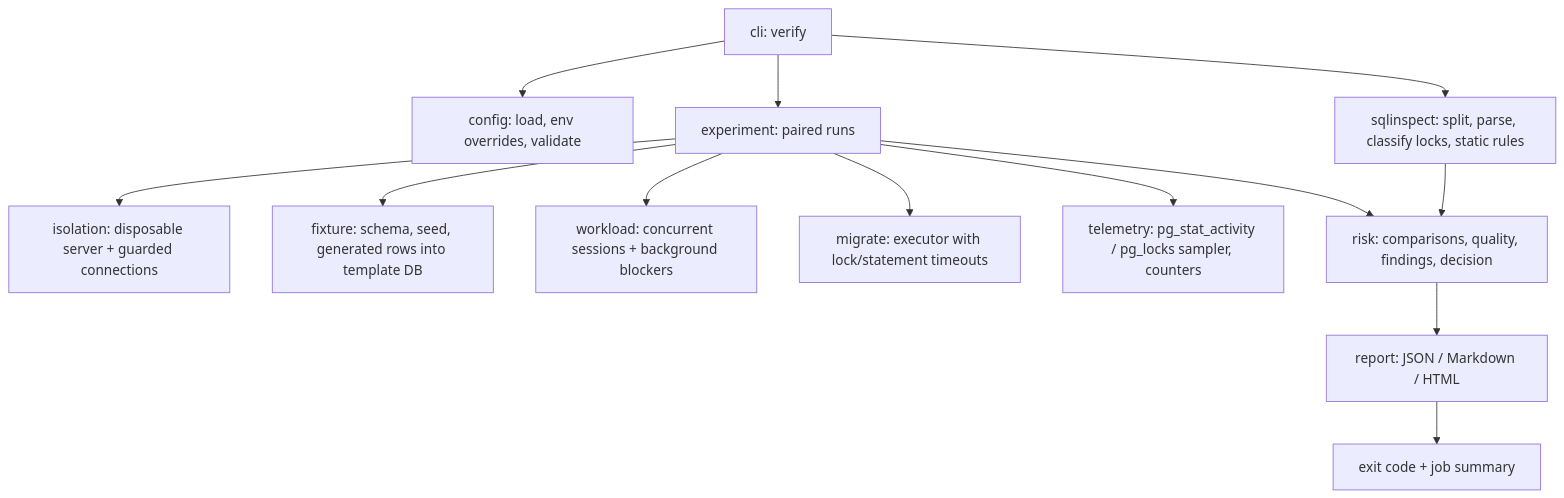
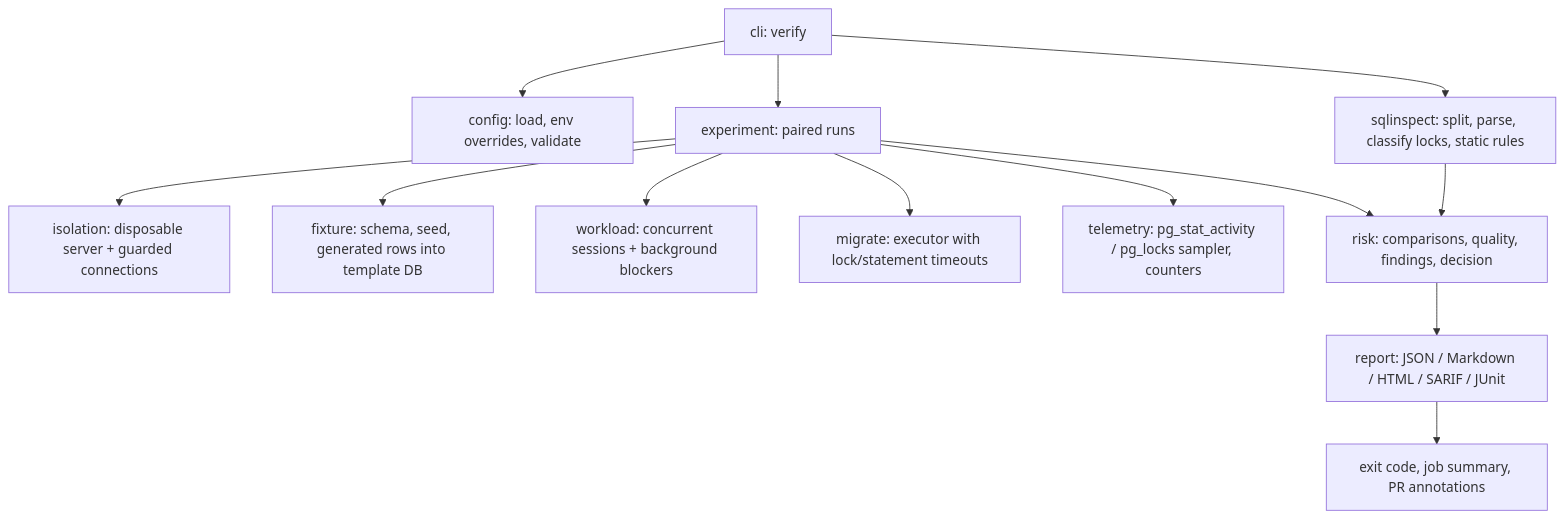
Before and after one commit to BhuwanJoshi-01/prodshadow: the diagram in docs/architecture.md, drawn with Mermaid. The commit also changed other lines of this file, not shown here.

Commit message:
docs: reflect report formats and plan/diff in the architecture

````diff
--- a/docs/architecture.md
+++ b/docs/architecture.md
@@ -6,15 +6,15 @@
 ```mermaid
 flowchart TD
     CLI[cli: verify] --> CFG[config: load, env overrides, validate]
     CLI --> SQL[sqlinspect: split, parse, classify locks, static rules]
     CLI --> EXP[experiment: paired runs]
     EXP --> ISO[isolation: disposable server + guarded connections]
     EXP --> FIX[fixture: schema, seed, generated rows into template DB]
     EXP --> WL[workload: concurrent sessions + background blockers]
     EXP --> MIG[migrate: executor with lock/statement timeouts]
     EXP --> TEL[telemetry: pg_stat_activity / pg_locks sampler, counters]
     SQL --> RISK
     EXP --> RISK[risk: comparisons, quality, findings, decision]
-    RISK --> REP[report: JSON / Markdown / HTML]
-    REP --> CI[exit code + job summary]
+    RISK --> REP[report: JSON / Markdown / HTML / SARIF / JUnit]
+    REP --> CI[exit code, job summary, PR annotations]
 ```
````
